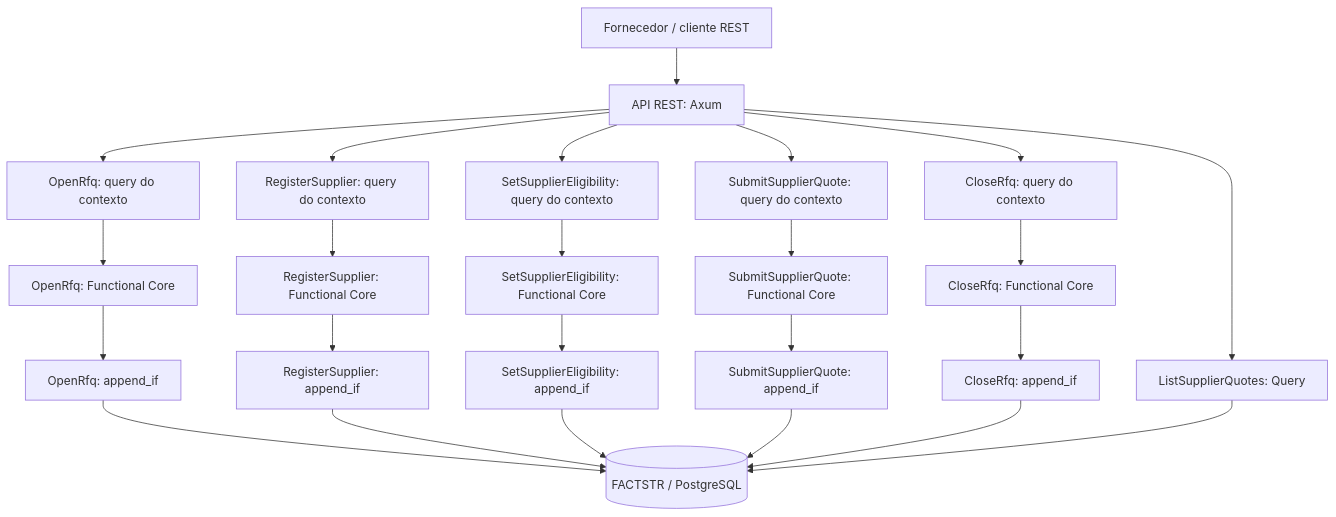
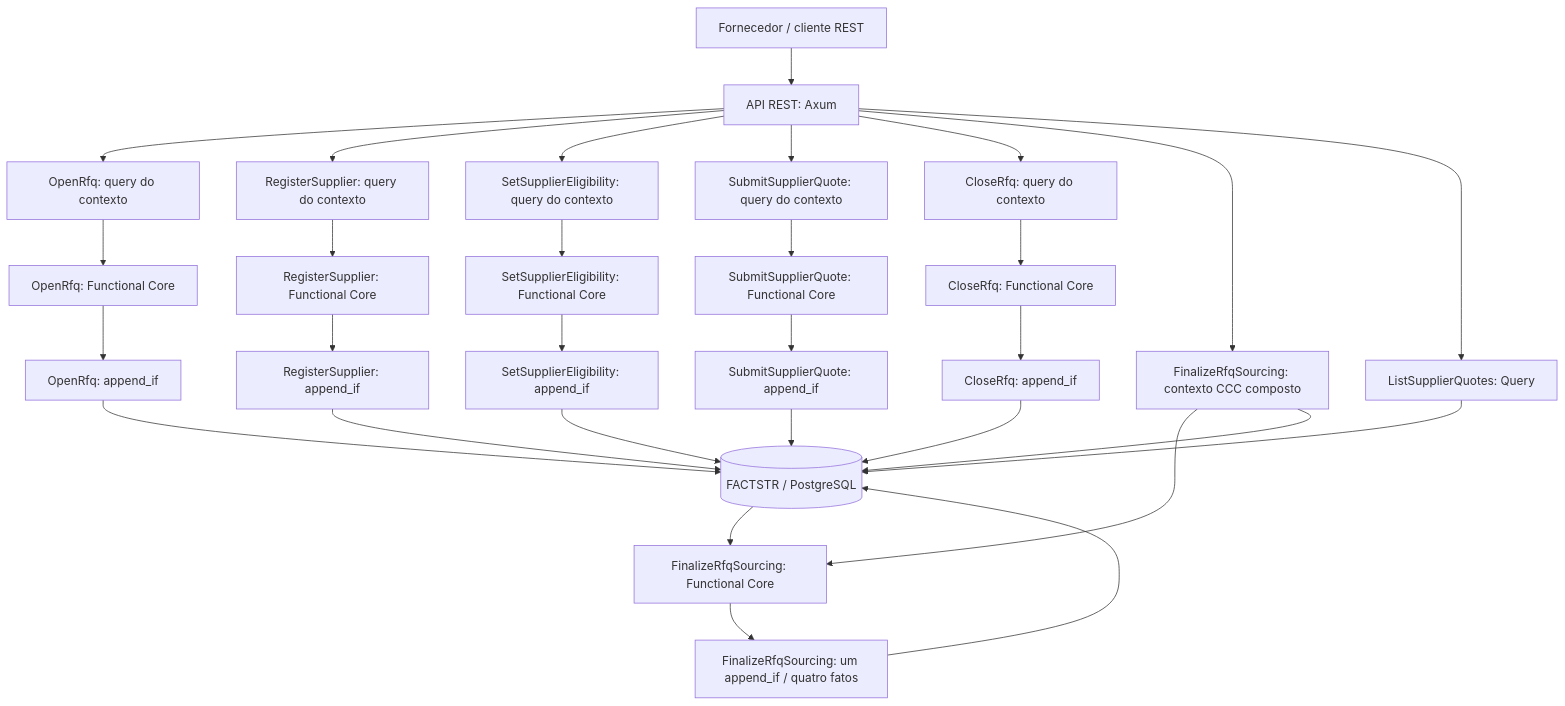
One commit to israelsantiago/supplier-rfq-rust changed the first of 3 diagrams in README.md. Above: the diagram before and after it, drawn with Mermaid. The commit also changed other lines of this file and 10 other files, not shown here.

Commit message:
docs(architecture): align RPU and Reactor boundaries

````diff
--- a/README.md
+++ b/README.md
@@ -44,32 +44,39 @@
 ```mermaid
 flowchart TD
     Client["Fornecedor / cliente REST"] --> Delivery["API REST: Axum"]
 
     Delivery --> OpenRead["OpenRfq: query do contexto"]
     OpenRead --> OpenDecision["OpenRfq: Functional Core"]
     OpenDecision --> OpenAppend["OpenRfq: append_if"]
 
     Delivery --> RegisterRead["RegisterSupplier: query do contexto"]
     RegisterRead --> RegisterDecision["RegisterSupplier: Functional Core"]
     RegisterDecision --> RegisterAppend["RegisterSupplier: append_if"]
 
     Delivery --> EligibilityRead["SetSupplierEligibility: query do contexto"]
     EligibilityRead --> EligibilityDecision["SetSupplierEligibility: Functional Core"]
     EligibilityDecision --> EligibilityAppend["SetSupplierEligibility: append_if"]
 
     Delivery --> QuoteRead["SubmitSupplierQuote: query do contexto"]
     QuoteRead --> QuoteDecision["SubmitSupplierQuote: Functional Core"]
     QuoteDecision --> QuoteAppend["SubmitSupplierQuote: append_if"]
 
     Delivery --> CloseRead["CloseRfq: query do contexto"]
     CloseRead --> CloseDecision["CloseRfq: Functional Core"]
     CloseDecision --> CloseAppend["CloseRfq: append_if"]
 
+    Delivery --> SourcingRead["FinalizeRfqSourcing: contexto CCC composto"]
+    SourcingRead --> SourcingDecision["FinalizeRfqSourcing: Functional Core"]
+    SourcingDecision --> SourcingAppend["FinalizeRfqSourcing: um append_if / quatro fatos"]
+
     Delivery --> Query["ListSupplierQuotes: Query"]
     OpenAppend --> Store[("FACTSTR / PostgreSQL")]
     RegisterAppend --> Store
     EligibilityAppend --> Store
     QuoteAppend --> Store
     CloseAppend --> Store
+    SourcingRead --> Store
+    Store --> SourcingDecision
+    SourcingAppend --> Store
     Query --> Store
 ```
````
